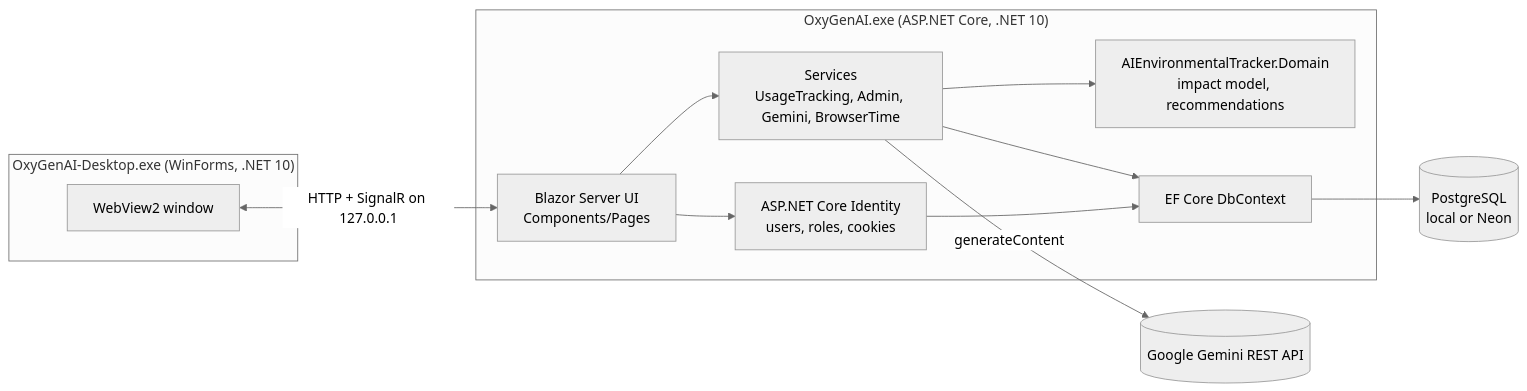
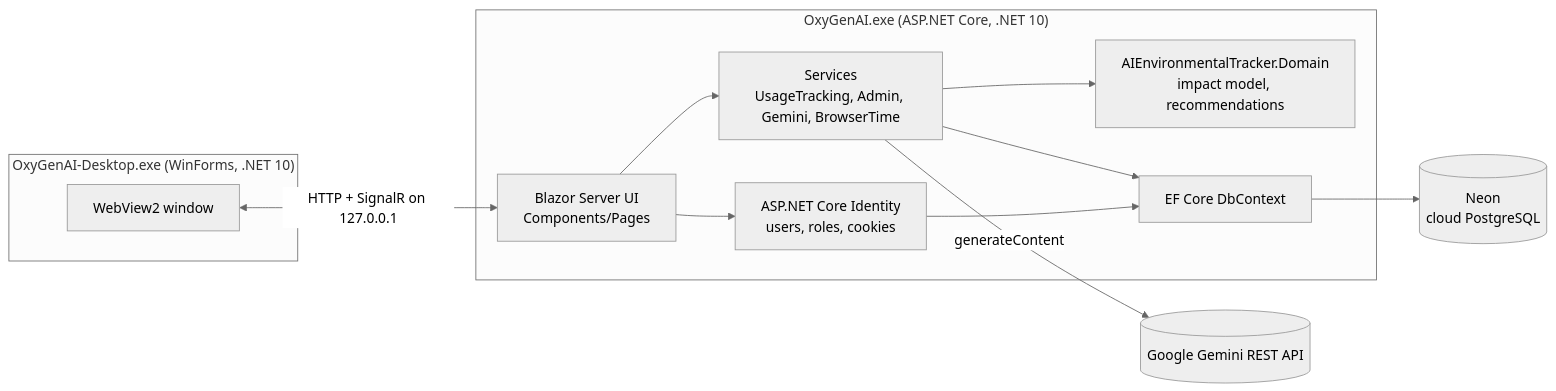
The first of 2 diagrams in docs/decisions-and-system-design.md (nabilabrianap06/Group2-Junior-Project), drawn with Mermaid (neutral theme) before and after one commit. The commit also changed other lines of this file and 9 other files, not shown here.

````diff
--- a/docs/decisions-and-system-design.md
+++ b/docs/decisions-and-system-design.md
@@ -16,24 +16,24 @@
 ```mermaid
 flowchart LR
     subgraph "OxyGenAI-Desktop.exe  (WinForms, .NET 10)"
         B[WebView2 window]
     end
     subgraph "OxyGenAI.exe  (ASP.NET Core, .NET 10)"
         W[Blazor Server UI<br/>Components/Pages]
         S[Services<br/>UsageTracking, Admin, Gemini, BrowserTime]
         I[ASP.NET Core Identity<br/>users, roles, cookies]
         D[AIEnvironmentalTracker.Domain<br/>impact model, recommendations]
         E[EF Core DbContext]
     end
     G[(Google Gemini REST API)]
-    P[(PostgreSQL<br/>local or Neon)]
+    P[(Neon<br/>cloud PostgreSQL)]
 
     B <-->|HTTP + SignalR on 127.0.0.1| W
     W --> S
     W --> I
     S --> D
     S --> E
     I --> E
     S -->|generateContent| G
     E --> P
 ```
````
